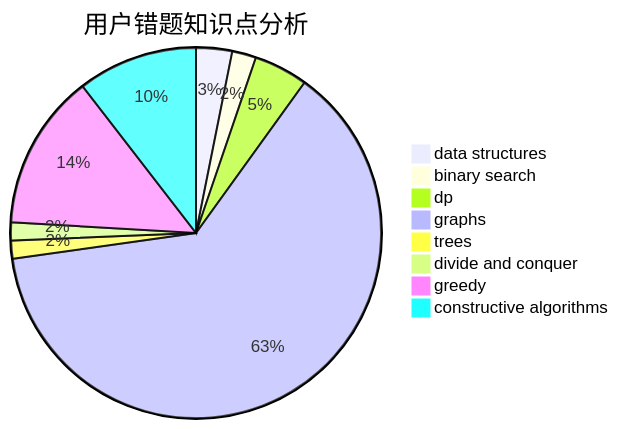
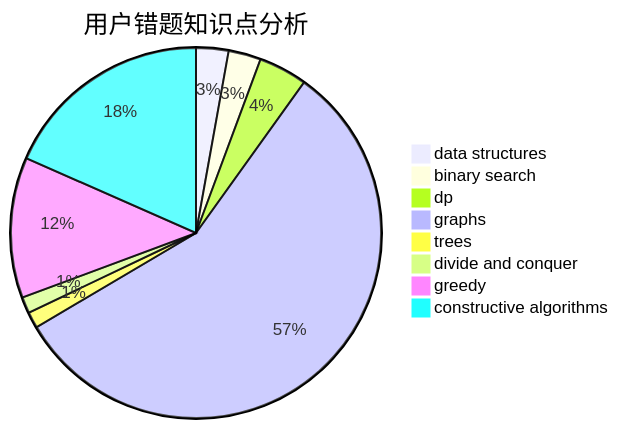
The third of 3 diagrams in docs/user/u1550.md (sherpahu/cfrs.github.io), drawn with Mermaid before and after one commit. The commit also changed other lines of this file and 2770 other files, not shown here.

````diff
--- a/docs/user/u1550.md
+++ b/docs/user/u1550.md
@@ -36,11 +36,11 @@
 ```mermaid
 pie title 用户错题知识点分析
     "data structures" :  6
-    "binary search" :  4
+    "binary search" :  6
     "dp" :  9
     "graphs" :  120
     "trees" :  3
     "divide and conquer" :  3
     "greedy" :  26
-    "constructive algorithms" :  20
+    "constructive algorithms" :  39
 ```
````
